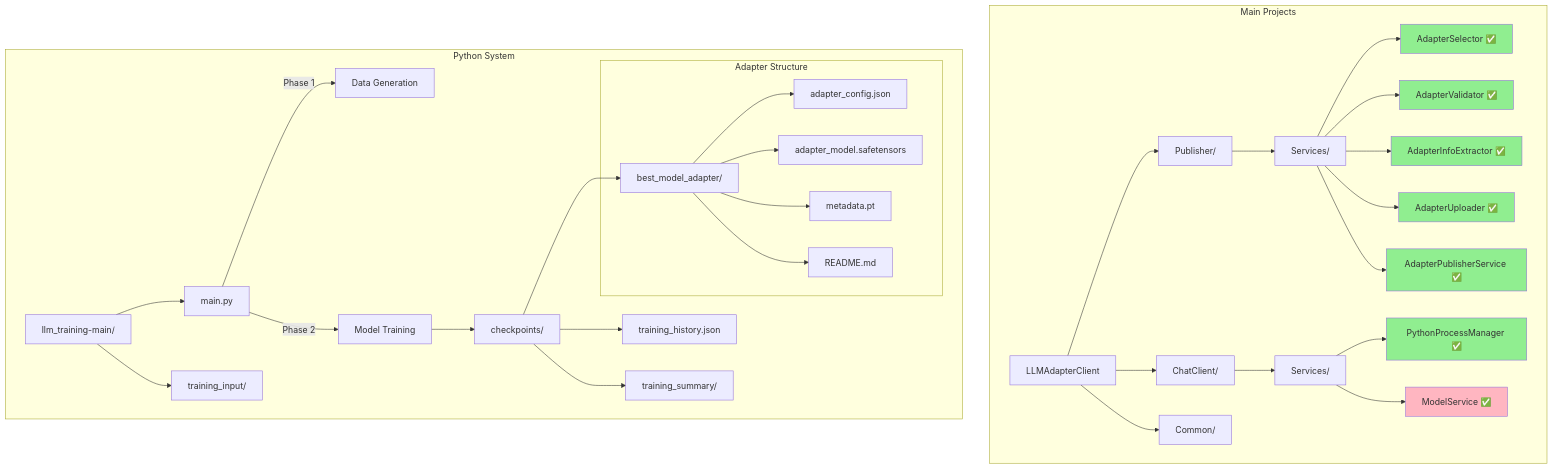
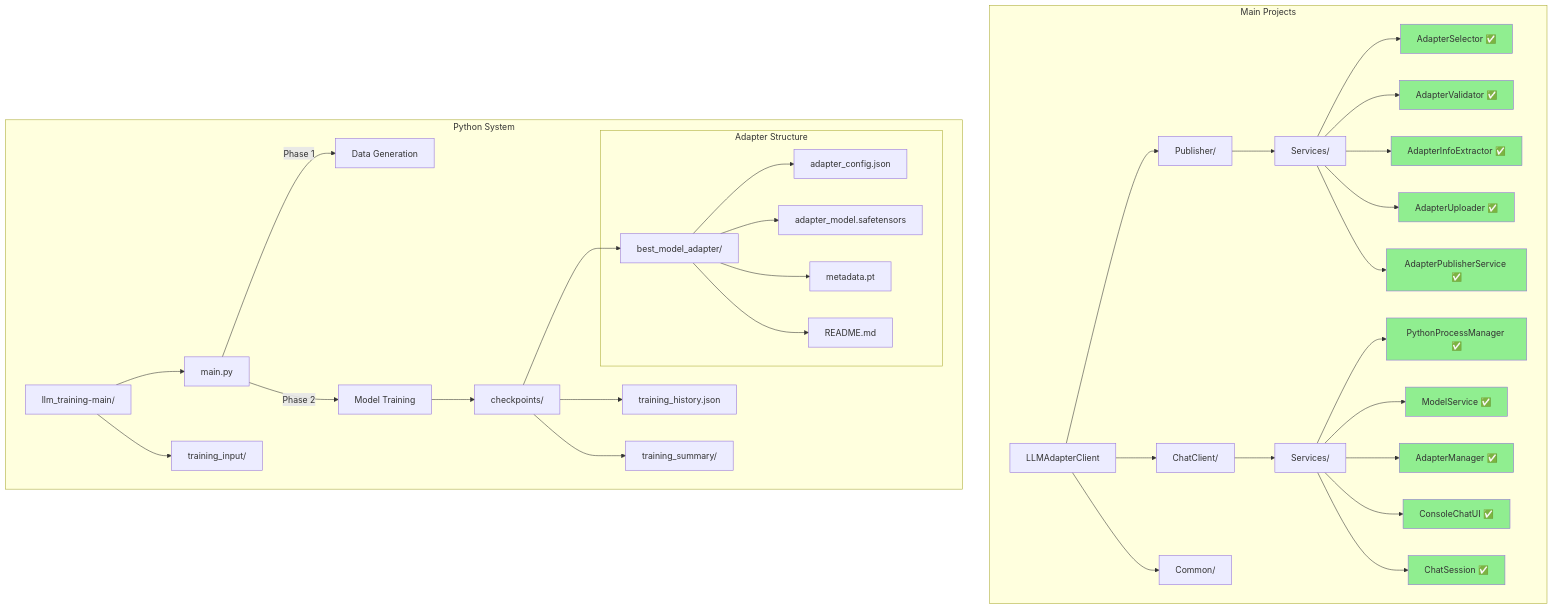
The fourth of 8 diagrams in STORY.md (gsinghjay/LLMAdapterClient), drawn with Mermaid before and after one commit. The commit also changed other lines of this file, not shown here.

Commit message:
docs(story): update project narrative with completed Chat UI and Session components

````diff
--- a/STORY.md
+++ b/STORY.md
@@ -141,47 +152,53 @@
 ```mermaid
 graph TD
     subgraph "Main Projects"
         A[LLMAdapterClient]
         A --> B[ChatClient/]
         A --> C[Publisher/]
         A --> D[Common/]
         
         C --> S1[Services/]
         S1 --> AS[AdapterSelector ✅]
         S1 --> AV[AdapterValidator ✅]
         S1 --> AE[AdapterInfoExtractor ✅]
         S1 --> AU[AdapterUploader ✅]
         S1 --> AP[AdapterPublisherService ✅]
         
         B --> CCServices[Services/]
         CCServices --> PM[PythonProcessManager ✅]
         CCServices --> MS[ModelService ✅]
+        CCServices --> AM[AdapterManager ✅]
+        CCServices --> CUI[ConsoleChatUI ✅]
+        CCServices --> CS[ChatSession ✅]
     end
     
     subgraph "Python System"
         F[llm_training-main/]
         F --> G[main.py]
         F --> T[training_input/]
         G -->|Phase 1| D1[Data Generation]
         G -->|Phase 2| D2[Model Training]
         D2 --> H[checkpoints/]
         H --> I[best_model_adapter/]
         H --> J[training_history.json]
         H --> K[training_summary/]
         
         subgraph "Adapter Structure"
             I --> AC[adapter_config.json]
-            I --> AM[adapter_model.safetensors]
+            I --> AM2[adapter_model.safetensors]
             I --> MP[metadata.pt]
             I --> RD[README.md]
         end
     end
     
     style AS fill:#90EE90
     style AV fill:#90EE90
     style AE fill:#90EE90
     style AU fill:#90EE90
     style AP fill:#90EE90
     style PM fill:#90EE90
-    style MS fill:#FFB6C1
+    style MS fill:#90EE90
+    style AM fill:#90EE90
+    style CUI fill:#90EE90
+    style CS fill:#90EE90
 ```
````
